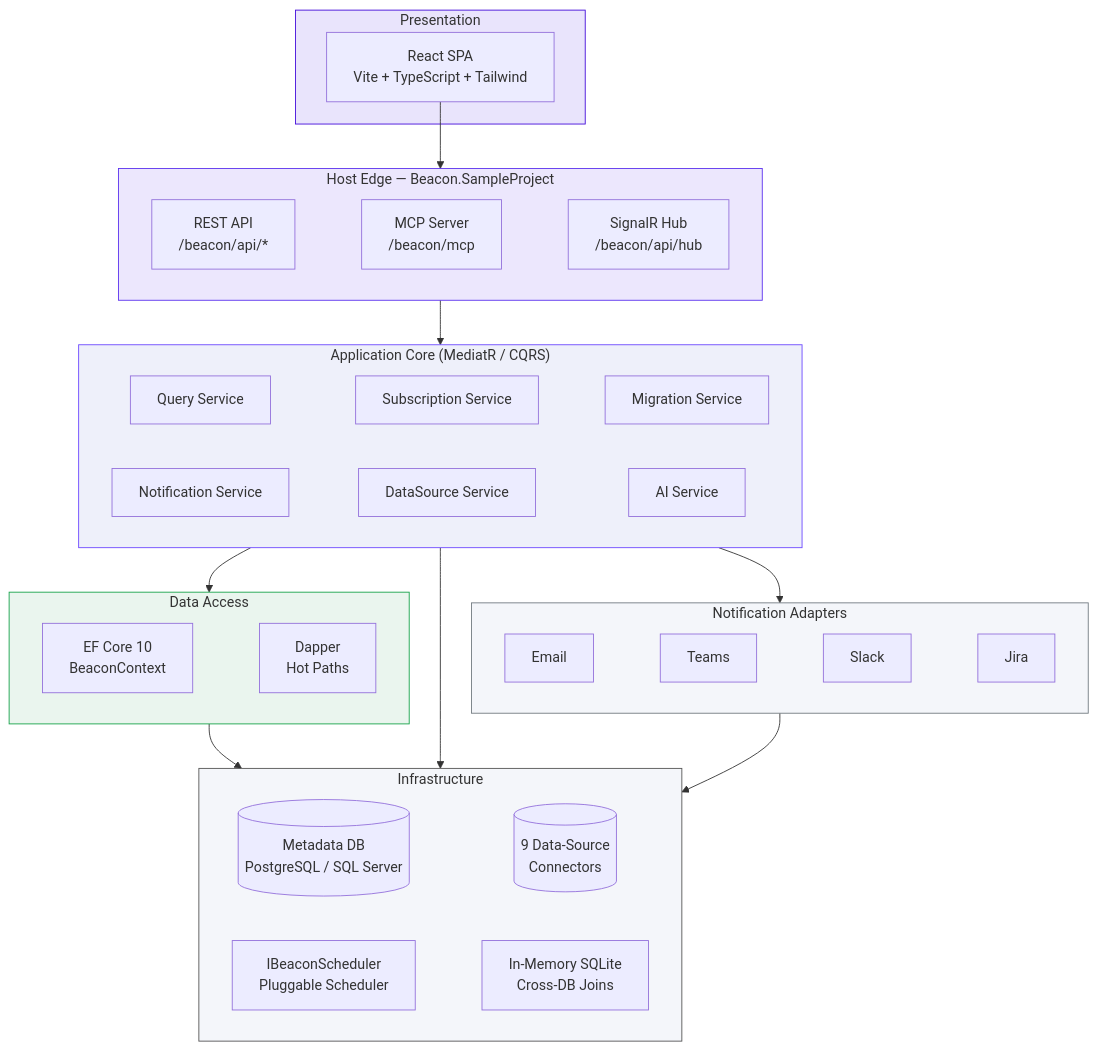
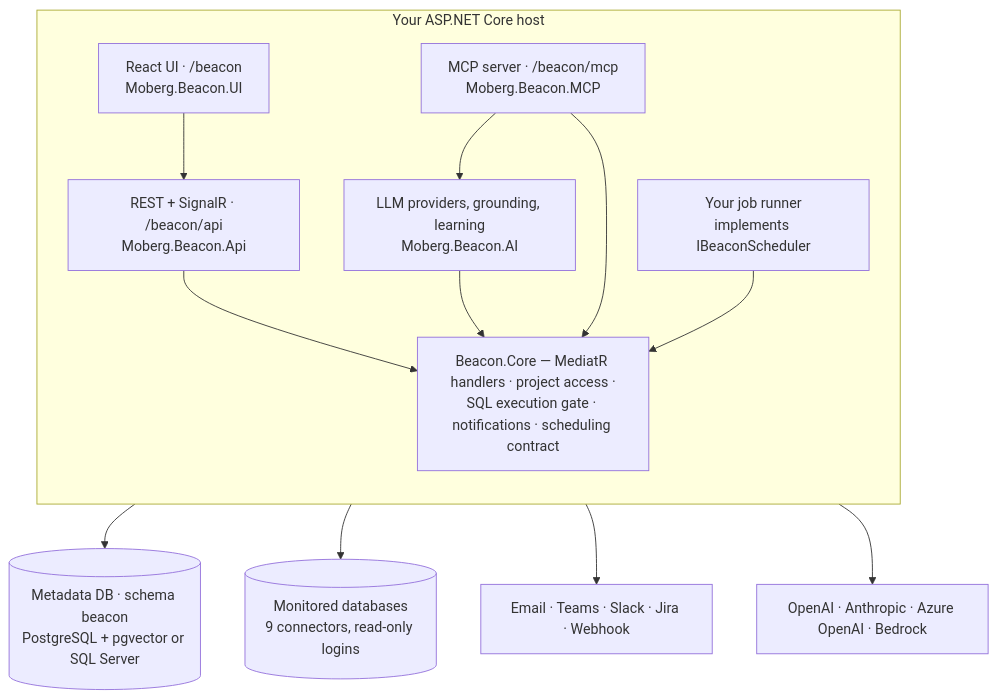
One commit to moberghr/beacon changed the diagram in README.md. Above: the diagram before and after it, drawn with Mermaid. The commit also changed other lines of this file and 103 other files, not shown here.

````diff
--- a/README.md
+++ b/README.md
@@ -170,43 +214,20 @@
 ```mermaid
-graph TB
-    subgraph UI["Presentation"]
-        React[React SPA<br/>Vite + TypeScript + Tailwind]
-    end
-
-    subgraph Edge["Host Edge — Beacon.SampleProject"]
-        RestApi[REST API<br/>/beacon/api/*] ~~~ Mcp[MCP Server<br/>/beacon/mcp] ~~~ Hub[SignalR Hub<br/>/beacon/api/hub]
-    end
-
-    subgraph Core["Application Core (MediatR / CQRS)"]
-        QuerySvc[Query Service] ~~~ SubSvc[Subscription Service] ~~~ MigSvc[Migration Service]
-        NotifSvc[Notification Service] ~~~ DataSrcSvc[DataSource Service] ~~~ AiSvc[AI Service]
-    end
-
-    subgraph Adapters["Notification Adapters"]
-        EmailAdapter[Email] ~~~ TeamsAdapter[Teams] ~~~ SlackAdapter[Slack] ~~~ JiraAdapter[Jira]
-    end
-
-    subgraph Data["Data Access"]
-        EFCore[EF Core 10<br/>BeaconContext] ~~~ Dapper[Dapper<br/>Hot Paths]
-    end
-
-    subgraph Infrastructure["Infrastructure"]
-        Meta[(Metadata DB<br/>PostgreSQL / SQL Server)] ~~~ Sources[(9 Data-Source<br/>Connectors)]
-        Scheduler[IBeaconScheduler<br/>Pluggable Scheduler] ~~~ SQLiteVM[In-Memory SQLite<br/>Cross-DB Joins]
-    end
-
-    React --> Edge
-    Edge --> Core
-    Core --> Adapters
-    Core --> Data
-    Data --> Infrastructure
-    Core --> Infrastructure
-    Adapters --> Infrastructure
-
-    style UI fill:#e9e4fc,stroke:#430cda
-    style Edge fill:#ece7fd,stroke:#5a30ee
-    style Core fill:#eef0fa,stroke:#6c48ff
-    style Adapters fill:#f4f6fa,stroke:#717a80
-    style Data fill:#eaf5ee,stroke:#16a34a
-    style Infrastructure fill:#f4f6fa,stroke:#545454
+flowchart TB
+  subgraph Host["Your ASP.NET Core host"]
+    direction TB
+    UI["React UI · /beacon<br/>Moberg.Beacon.UI"]
+    API["REST + SignalR · /beacon/api<br/>Moberg.Beacon.Api"]
+    MCP["MCP server · /beacon/mcp<br/>Moberg.Beacon.MCP"]
+    AI["LLM providers, grounding, learning<br/>Moberg.Beacon.AI"]
+    Core["Beacon.Core — MediatR handlers · project access ·<br/>SQL execution gate · notifications · scheduling contract"]
+    Jobs["Your job runner<br/>implements IBeaconScheduler"]
+    UI --> API --> Core
+    MCP --> AI --> Core
+    MCP --> Core
+    Jobs --> Core
+  end
+  Core --> Meta[("Metadata DB · schema beacon<br/>PostgreSQL + pgvector or SQL Server")]
+  Core --> Src[("Monitored databases<br/>9 connectors, read-only logins")]
+  Core --> Out["Email · Teams · Slack · Jira · Webhook"]
+  AI --> LLM["OpenAI · Anthropic · Azure OpenAI · Bedrock"]
 ```
````
